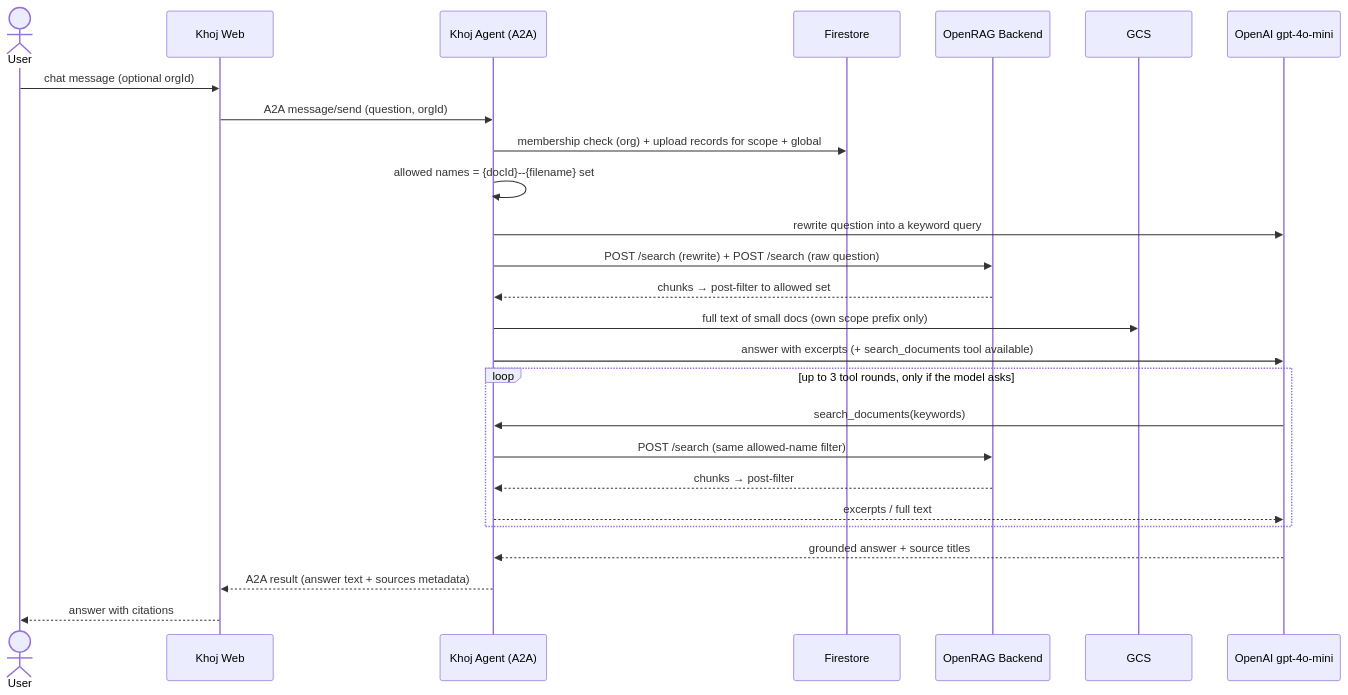
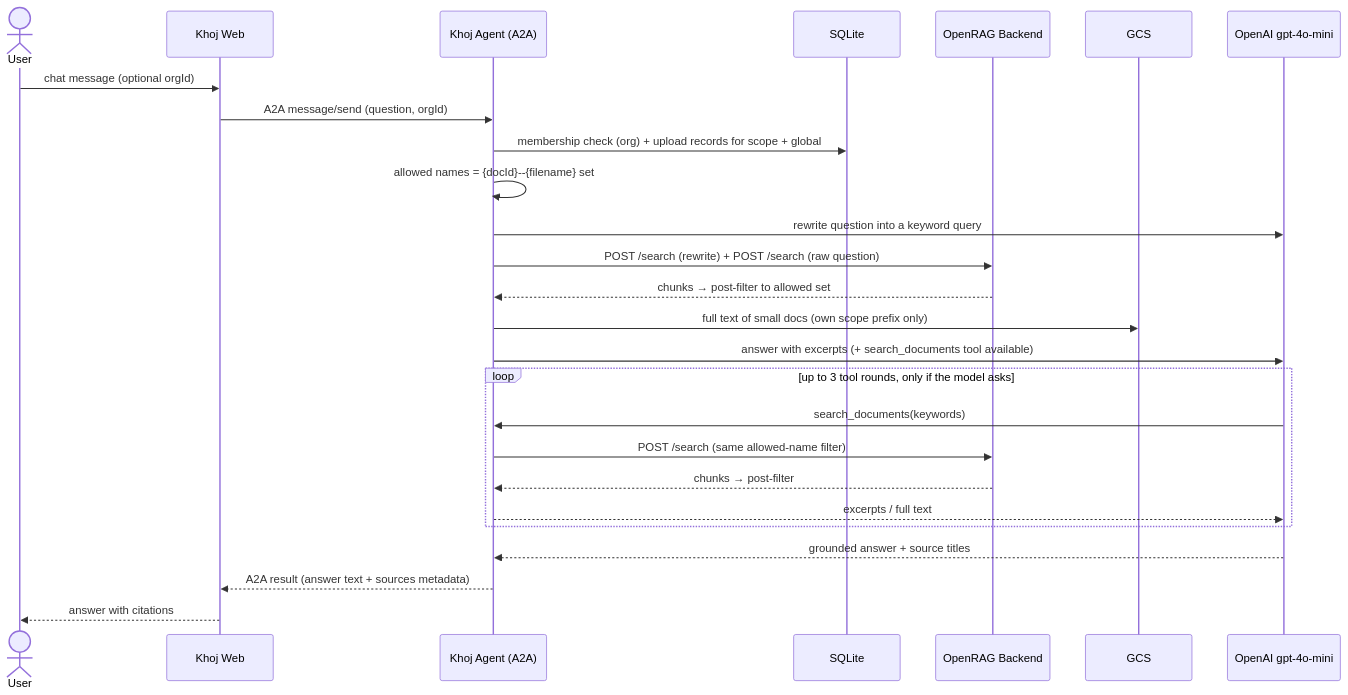
Before and after one commit to anujgupta9860/khoj-ai: the third of 3 diagrams in docs/openrag-api-usage.md, drawn with Mermaid. The commit also changed other lines of this file and 37 other files, not shown here.

````diff
--- a/docs/openrag-api-usage.md
+++ b/docs/openrag-api-usage.md
@@ -175,29 +175,29 @@
 ```mermaid
 sequenceDiagram
     actor U as User
     participant W as Khoj Web
     participant A as Khoj Agent (A2A)
-    participant F as Firestore
+    participant F as SQLite
     participant O as OpenRAG Backend
     participant G as GCS
     participant M as OpenAI gpt-4o-mini
 
     U->>W: chat message (optional orgId)
     W->>A: A2A message/send (question, orgId)
     A->>F: membership check (org) + upload records for scope + global
     A->>A: allowed names = {docId}--{filename} set
     A->>M: rewrite question into a keyword query
     A->>O: POST /search (rewrite) + POST /search (raw question)
     O-->>A: chunks → post-filter to allowed set
     A->>G: full text of small docs (own scope prefix only)
     A->>M: answer with excerpts (+ search_documents tool available)
     loop up to 3 tool rounds, only if the model asks
         M->>A: search_documents(keywords)
         A->>O: POST /search (same allowed-name filter)
         O-->>A: chunks → post-filter
         A-->>M: excerpts / full text
     end
     M-->>A: grounded answer + source titles
     A-->>W: A2A result (answer text + sources metadata)
     W-->>U: answer with citations
 ```
````
